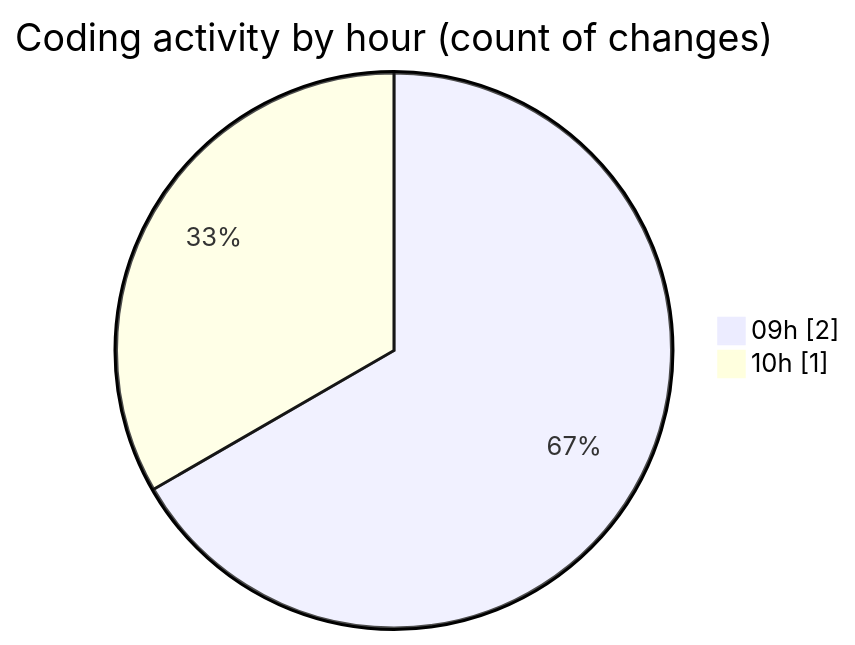
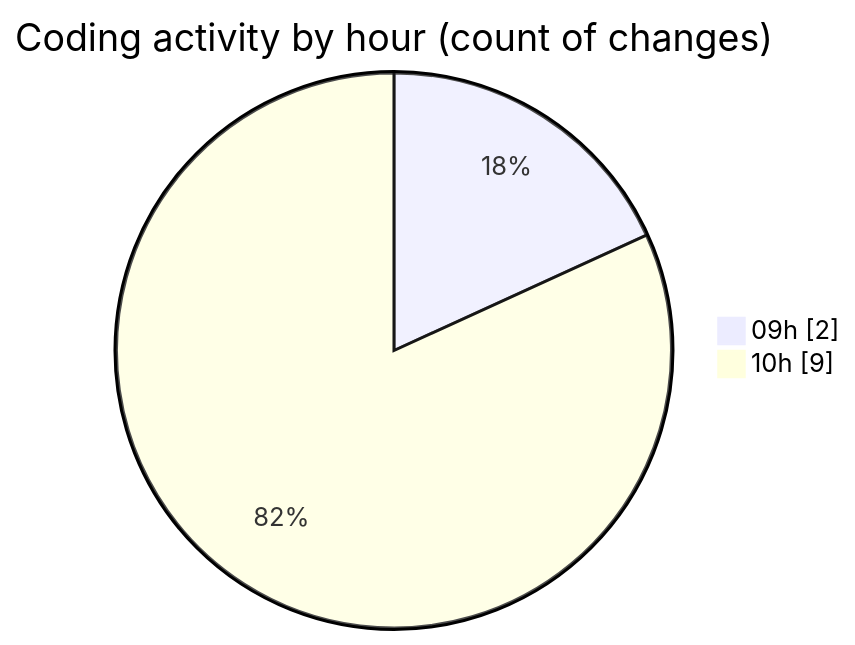
Before and after one commit to LanceThiago/code-tracking: the second of 2 diagrams in 2025-03-27/kml/README.md, drawn with Mermaid. The commit also changed other lines of this file and 1 other file, not shown here.

````diff
--- a/2025-03-27/kml/README.md
+++ b/2025-03-27/kml/README.md
@@ -30,6 +36,6 @@
 ```mermaid
 pie showData
 title Coding activity by hour (count of changes)
 "09h" : 2
-"10h" : 1
+"10h" : 9
 ```
````
